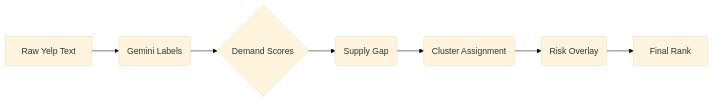
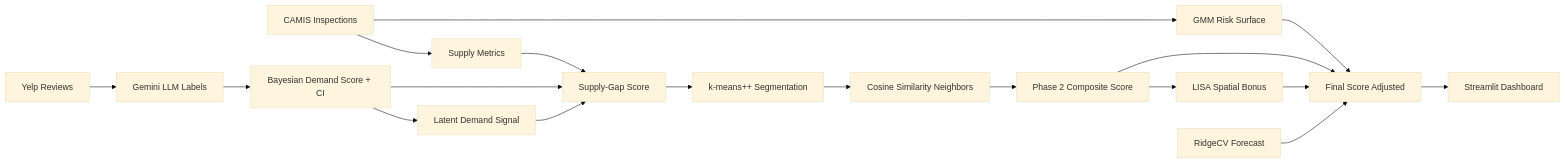
The diagram in DESIGN.md (Amanda-dong/CS473-FML), drawn with Mermaid (base theme) before and after one commit. The commit also changed other lines of this file and 1 other file, not shown here.

````diff
--- a/DESIGN.md
+++ b/DESIGN.md
@@ -38,9 +59,20 @@
 ```mermaid
 graph LR
-    A[Raw Yelp Text] --> B(Gemini Labels)
-    B --> C{Demand Scores}
-    C --> D(Supply Gap)
-    D --> E(Cluster Assignment)
-    E --> F(Risk Overlay)
-    F --> G[Final Rank]
+    A[Yelp Reviews] --> B[Gemini LLM Labels]
+    B --> C[Bayesian Demand Score + CI]
+    C --> D[Latent Demand Signal]
+    E[CAMIS Inspections] --> F[Supply Metrics]
+    F --> G[Supply-Gap Score]
+    C --> G
+    D --> G
+    G --> H[k-means++ Segmentation]
+    H --> I[Cosine Similarity Neighbors]
+    I --> J[Phase 2 Composite Score]
+    E --> K[GMM Risk Surface]
+    J --> L[LISA Spatial Bonus]
+    K --> M[Final Score Adjusted]
+    J --> M
+    L --> M
+    N[RidgeCV Forecast] --> M
+    M --> O[Streamlit Dashboard]
 ```
````
